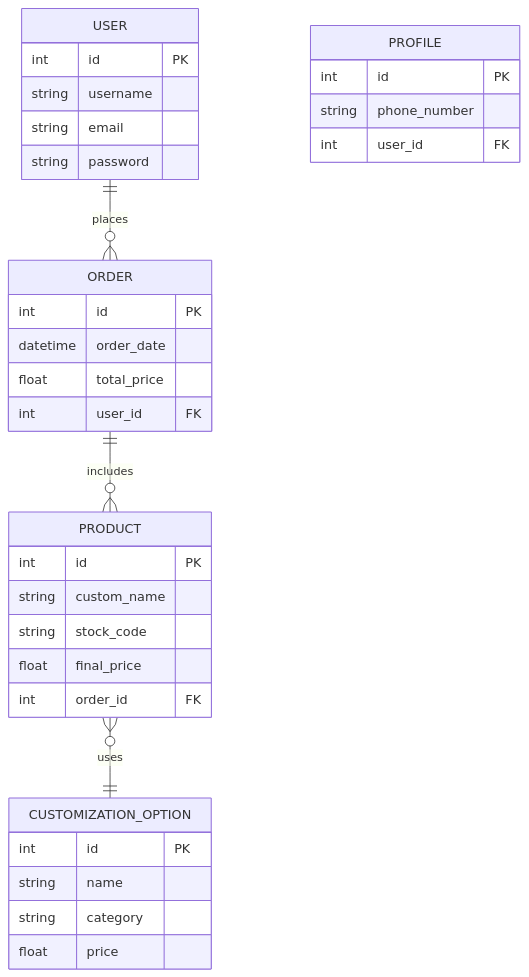
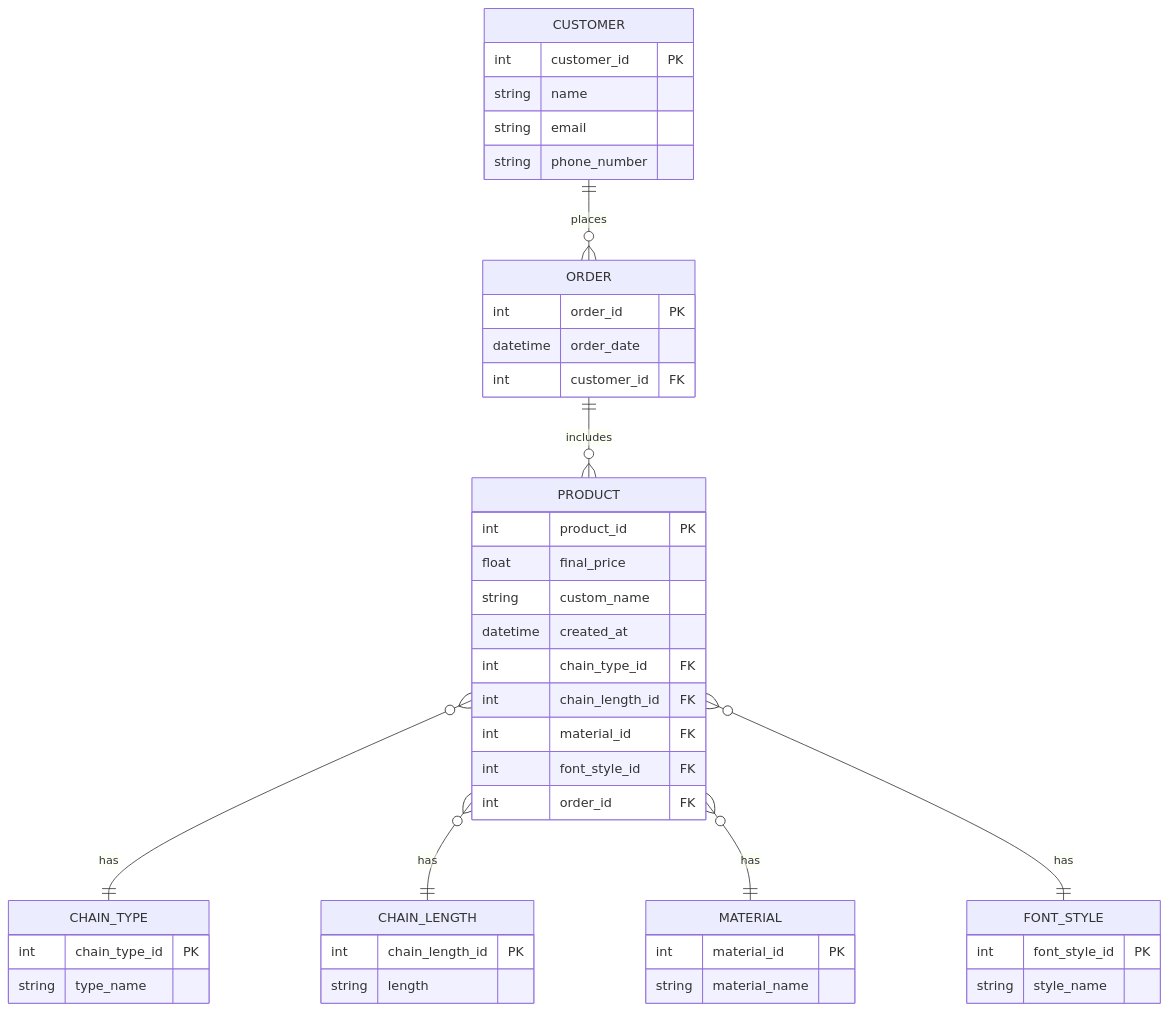
The diagram in README.md (alanmaizon/GISH), drawn with Mermaid before and after one commit. The commit also changed other lines of this file, not shown here.

````diff
--- a/README.md
+++ b/README.md
@@ -1,41 +141,54 @@
 ```mermaid
 erDiagram
-    USER {
-        int id PK
-        string username
+    CUSTOMER {
+        int customer_id PK
+        string name
         string email
-        string password
-    }
-
-    PROFILE {
-        int id PK
         string phone_number
-        int user_id FK
     }
 
     ORDER {
-        int id PK
+        int order_id PK
         datetime order_date
-        float total_price
-        int user_id FK
+        int customer_id FK
     }
 
     PRODUCT {
-        int id PK
+        int product_id PK
+        float final_price
         string custom_name
-        string stock_code
-        float final_price
+        datetime created_at
+        int chain_type_id FK
+        int chain_length_id FK
+        int material_id FK
+        int font_style_id FK
         int order_id FK
     }
 
-    CUSTOMIZATION_OPTION {
-        int id PK
-        string name
-        string category
-        float price
+    CHAIN_TYPE {
+        int chain_type_id PK
+        string type_name
     }
 
-    PRODUCT }o--|| CUSTOMIZATION_OPTION : "uses"
-    USER ||--o{ ORDER : "places"
+    CHAIN_LENGTH {
+        int chain_length_id PK
+        string length
+    }
+
+    MATERIAL {
+        int material_id PK
+        string material_name
+    }
+
+    FONT_STYLE {
+        int font_style_id PK
+        string style_name
+    }
+
+    CUSTOMER ||--o{ ORDER : "places"
     ORDER ||--o{ PRODUCT : "includes"
+    PRODUCT }o--|| CHAIN_TYPE : "has"
+    PRODUCT }o--|| CHAIN_LENGTH : "has"
+    PRODUCT }o--|| MATERIAL : "has"
+    PRODUCT }o--|| FONT_STYLE : "has"
 ```
````
